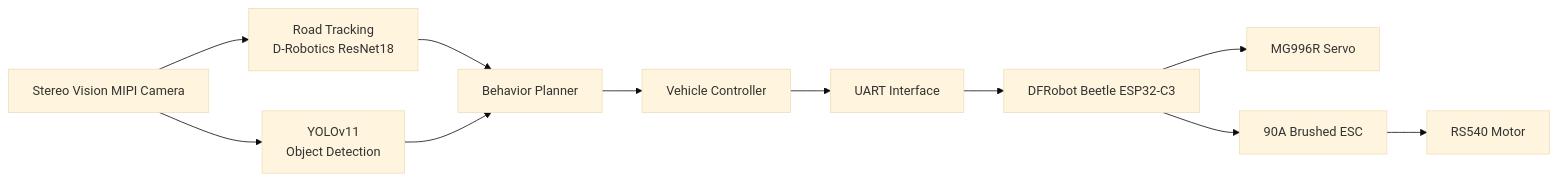
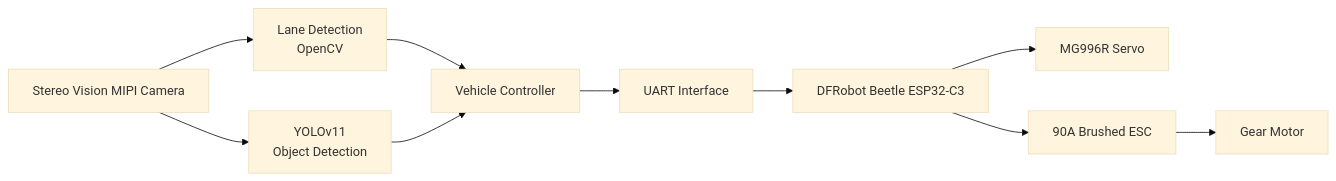
Before and after one commit to proknowdiy/RDK-X5-Autonomous-Vehicle: the first of 5 diagrams in docs/PROPOSAL.md, drawn with Mermaid (base theme). The commit also changed other lines of this file, not shown here.

````diff
--- a/docs/PROPOSAL.md
+++ b/docs/PROPOSAL.md
@@ -93,23 +92,21 @@
 ```mermaid
 flowchart LR
 Camera["Stereo Vision MIPI Camera"]
 
-Camera --> ResNet["Road Tracking<br/>D-Robotics ResNet18"]
+Camera --> OpenCV["Lane Detection<br/>OpenCV"]
 Camera --> YOLO["YOLOv11<br/>Object Detection"]
 
-ResNet --> Planner["Behavior Planner"]
+OpenCV --> Controller["Vehicle Controller"]
 
-YOLO --> Planner
-
-Planner --> Controller["Vehicle Controller"]
+YOLO --> Controller
 
 Controller --> UART["UART Interface"]
 
 UART --> ESP32["DFRobot Beetle ESP32-C3"]
 
 ESP32 --> Servo["MG996R Servo"]
 
 ESP32 --> ESC["90A Brushed ESC"]
 
-ESC --> Motor["RS540 Motor"]
+ESC --> Motor["Gear Motor"]
 ```
````
